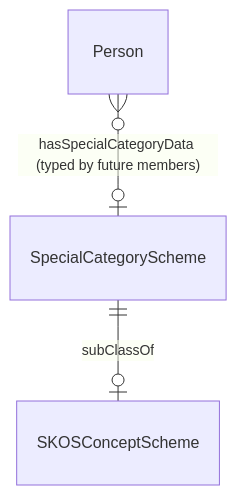
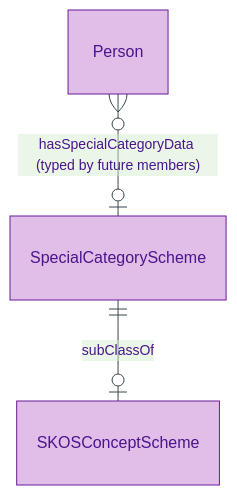
The diagram in docs/manual/logical/governance/special-category-scheme.md (sparkling/opda), drawn with Mermaid before and after one commit. The commit also changed other lines of this file and 179 other files, not shown here.

First line of the commit message:
docs(manual): Logical-tier diagram expansion via /diagramming skill

````diff
--- a/docs/manual/logical/governance/special-category-scheme.md
+++ b/docs/manual/logical/governance/special-category-scheme.md
@@ -30,5 +35,9 @@
 ```mermaid
+%%{init: {"theme": "base", "themeVariables": {"primaryColor": "#E1BEE7", "primaryTextColor": "#4A148C", "primaryBorderColor": "#6A1B9A", "lineColor": "#37474F"}}}%%
 erDiagram
+    accTitle: SpecialCategoryScheme — Entity-Relationship Diagram
+    accDescr: SpecialCategoryScheme — class declaration subclassing skos:ConceptScheme; future Person.hasSpecialCategoryData binding deferred.
+
     SpecialCategoryScheme ||--o| SKOSConceptScheme : "subClassOf"
     Person }o--o| SpecialCategoryScheme : "hasSpecialCategoryData (typed by future members)"
 ```
````
